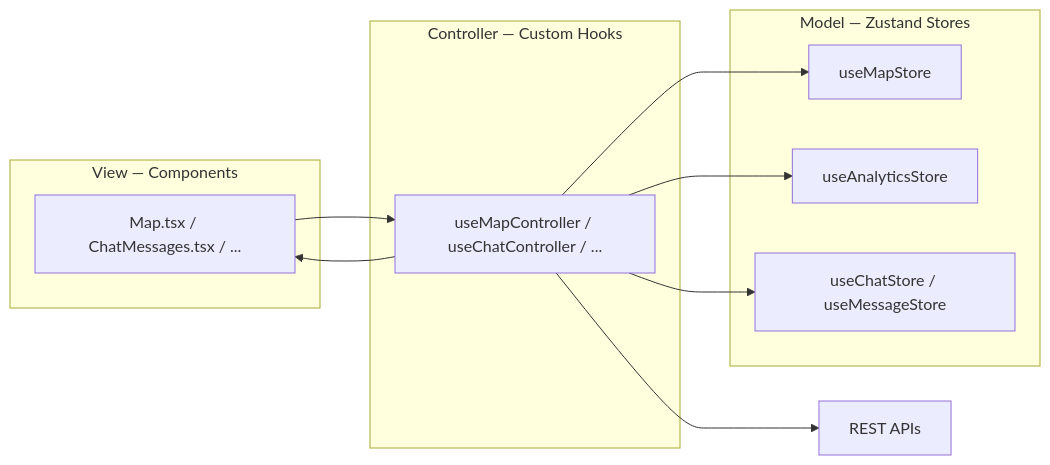
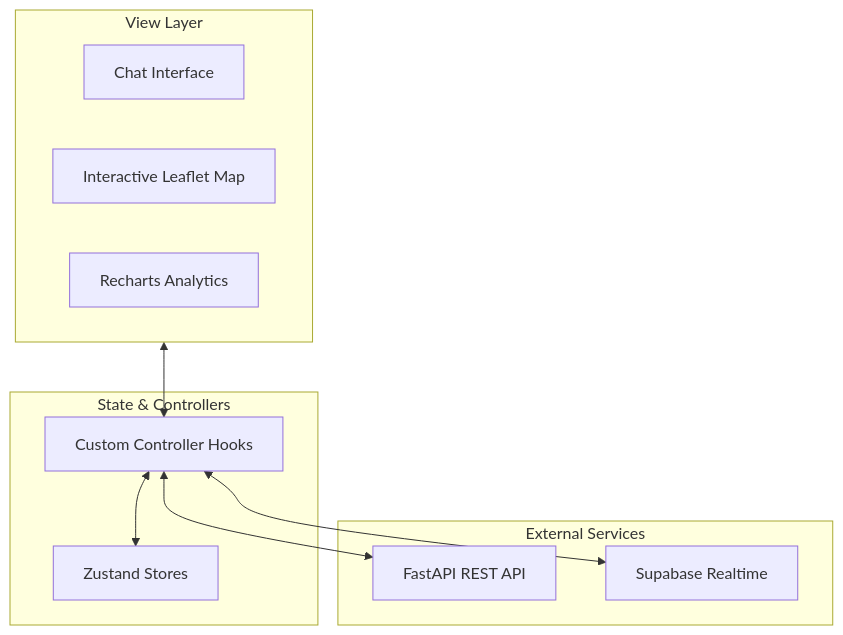
Before and after one commit to Harkirat2424/Geospatial-AI-Assistant: the diagram in frontend/README.md, drawn with Mermaid. The commit also changed other lines of this file and 3 other files, not shown here.

````diff
--- a/frontend/README.md
+++ b/frontend/README.md
@@ -33,22 +9,23 @@
 ```mermaid
-flowchart LR
-    subgraph View["View — Components"]
-        V["Map.tsx / ChatMessages.tsx / ..."]
+flowchart TD
+    subgraph UI["View Layer"]
+        A[Chat Interface]
+        B[Interactive Leaflet Map]
+        C[Recharts Analytics]
     end
-    subgraph Controller["Controller — Custom Hooks"]
-        C["useMapController / useChatController / ..."]
+
+    subgraph State["State & Controllers"]
+        D[Custom Controller Hooks]
+        E[Zustand Stores]
     end
-    subgraph Model["Model — Zustand Stores"]
-        M1[useMapStore]
-        M2[useAnalyticsStore]
-        M3["useChatStore / useMessageStore"]
+
+    subgraph Backend["External Services"]
+        F[FastAPI REST API]
+        G[Supabase Realtime]
     end
-    API[REST APIs]
 
-    V --> C
-    C --> M1
-    C --> M2
-    C --> M3
-    C --> API
-    C --> V
+    UI <--> D
+    D <--> E
+    D <--> F
+    D <--> G
 ```
````
